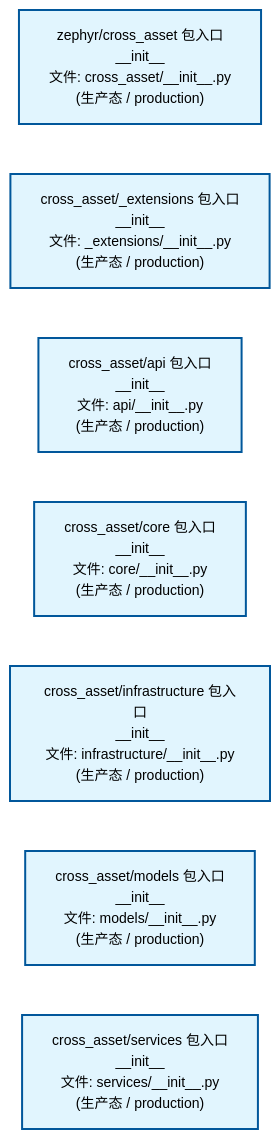
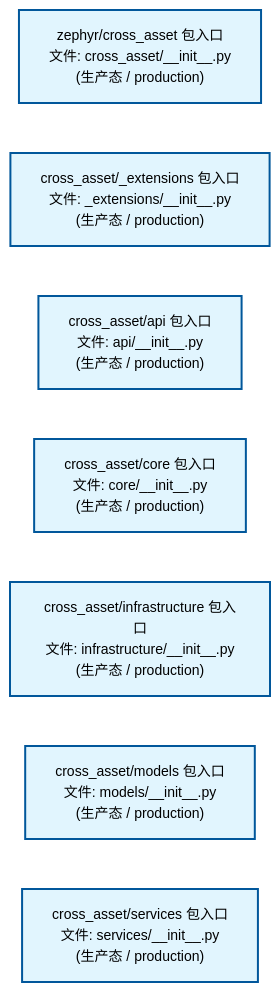
The second of 2 diagrams in docs/02_enterprise_architecture/02_domain_architecture_docs/40_d_cross_asset.md (xuanFelixVan/ZephyrAlpha), drawn with Mermaid before and after one commit. The commit also changed other lines of this file and 58 other files, not shown here.

````diff
--- a/docs/02_enterprise_architecture/02_domain_architecture_docs/40_d_cross_asset.md
+++ b/docs/02_enterprise_architecture/02_domain_architecture_docs/40_d_cross_asset.md
@@ -80,22 +80,22 @@
 ```mermaid
 %%{init: {'theme': 'base', 'themeVariables': {'primaryColor': '#eaeaea', 'primaryTextColor': '#333333', 'primaryBorderColor': '#666666', 'lineColor': '#666666', 'secondaryColor': '#eaeaea', 'tertiaryColor': '#eaeaea', 'fontSize': '14px'}}}%%
 flowchart TD
-    src_zephyr_cross_asset_init_py["zephyr/cross_asset 包入口<br/>__init__<br/>文件: cross_asset/__init__.py<br/>(生产态 / production)"]
-    src_zephyr_cross_asset_extensions_init_py["cross_asset/_extensions 包入口<br/>__init__<br/>文件: _extensions/__init__.py<br/>(生产态 / production)"]
-    src_zephyr_cross_asset_api_init_py["cross_asset/api 包入口<br/>__init__<br/>文件: api/__init__.py<br/>(生产态 / production)"]
-    src_zephyr_cross_asset_core_init_py["cross_asset/core 包入口<br/>__init__<br/>文件: core/__init__.py<br/>(生产态 / production)"]
-    src_zephyr_cross_asset_infrastructure_init_py["cross_asset/infrastructure 包入口<br/>__init__<br/>文件: infrastructure/__init__.py<br/>(生产态 / production)"]
-    src_zephyr_cross_asset_models_init_py["cross_asset/models 包入口<br/>__init__<br/>文件: models/__init__.py<br/>(生产态 / production)"]
-    src_zephyr_cross_asset_services_init_py["cross_asset/services 包入口<br/>__init__<br/>文件: services/__init__.py<br/>(生产态 / production)"]
+    src_zephyr_cross_asset_init_py["zephyr/cross_asset 包入口<br/>文件: cross_asset/__init__.py<br/>(生产态 / production)"]
+    src_zephyr_cross_asset_extensions_init_py["cross_asset/_extensions 包入口<br/>文件: _extensions/__init__.py<br/>(生产态 / production)"]
+    src_zephyr_cross_asset_api_init_py["cross_asset/api 包入口<br/>文件: api/__init__.py<br/>(生产态 / production)"]
+    src_zephyr_cross_asset_core_init_py["cross_asset/core 包入口<br/>文件: core/__init__.py<br/>(生产态 / production)"]
+    src_zephyr_cross_asset_infrastructure_init_py["cross_asset/infrastructure 包入口<br/>文件: infrastructure/__init__.py<br/>(生产态 / production)"]
+    src_zephyr_cross_asset_models_init_py["cross_asset/models 包入口<br/>文件: models/__init__.py<br/>(生产态 / production)"]
+    src_zephyr_cross_asset_services_init_py["cross_asset/services 包入口<br/>文件: services/__init__.py<br/>(生产态 / production)"]
     src_zephyr_cross_asset_init_py ~~~ src_zephyr_cross_asset_extensions_init_py
     src_zephyr_cross_asset_extensions_init_py ~~~ src_zephyr_cross_asset_api_init_py
     src_zephyr_cross_asset_api_init_py ~~~ src_zephyr_cross_asset_core_init_py
     src_zephyr_cross_asset_core_init_py ~~~ src_zephyr_cross_asset_infrastructure_init_py
     src_zephyr_cross_asset_infrastructure_init_py ~~~ src_zephyr_cross_asset_models_init_py
     src_zephyr_cross_asset_models_init_py ~~~ src_zephyr_cross_asset_services_init_py
     classDef production fill:#e1f5fe,stroke:#01579b,stroke-width:2px,color:#000
     classDef design fill:#fff3e0,stroke:#e65100,stroke-width:2px,color:#000,stroke-dasharray: 5 5
     classDef external_prod fill:#e8f4fd,stroke:#0277bd,stroke-width:1px,color:#000
     classDef external_design fill:#fff8e7,stroke:#ef6c00,stroke-width:1px,color:#000,stroke-dasharray: 5 5
     class src_zephyr_cross_asset_init_py,src_zephyr_cross_asset_extensions_init_py,src_zephyr_cross_asset_api_init_py,src_zephyr_cross_asset_core_init_py,src_zephyr_cross_asset_infrastructure_init_py,src_zephyr_cross_asset_models_init_py,src_zephyr_cross_asset_services_init_py production
 ```
````
